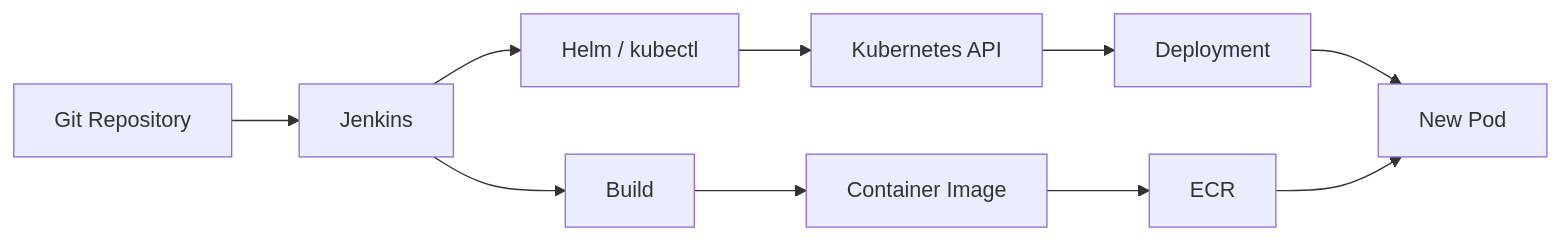
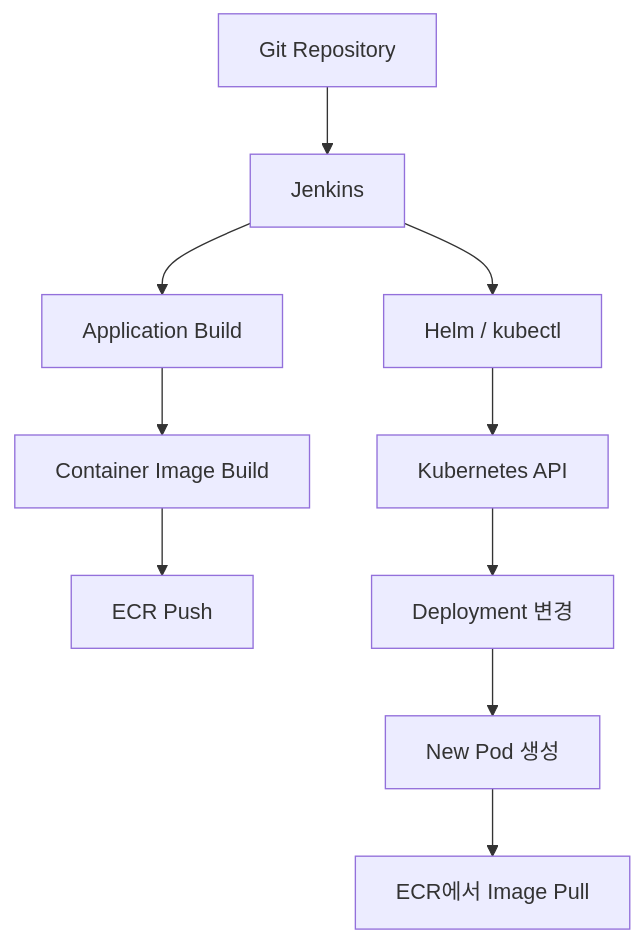
Before and after one commit to jw3418/jw3418.github.io: the first of 2 diagrams in _posts/2026-08-16-jenkins-eks-deployment-flow.md, drawn with Mermaid. The commit also changed other lines of this file, not shown here.

First line of the commit message:
Clarify Jenkins and EKS deployment process

````diff
--- a/_posts/2026-08-16-jenkins-eks-deployment-flow.md
+++ b/_posts/2026-08-16-jenkins-eks-deployment-flow.md
@@ -93,14 +95,15 @@
 ```mermaid
-flowchart LR
+flowchart TD
     A["Git Repository"] --> B["Jenkins"]
-    B --> C["Build"]
-    C --> D["Container Image"]
-    D --> E["ECR"]
+
+    B --> C["Application Build"]
+    C --> D["Container Image Build"]
+    D --> E["ECR Push"]
 
     B --> F["Helm / kubectl"]
     F --> G["Kubernetes API"]
+    G --> H["Deployment 변경"]
 
-    G --> H["Deployment"]
-    H --> I["New Pod"]
-    E --> I
+    H --> I["New Pod 생성"]
+    I --> J["ECR에서 Image Pull"]
 ```
````
